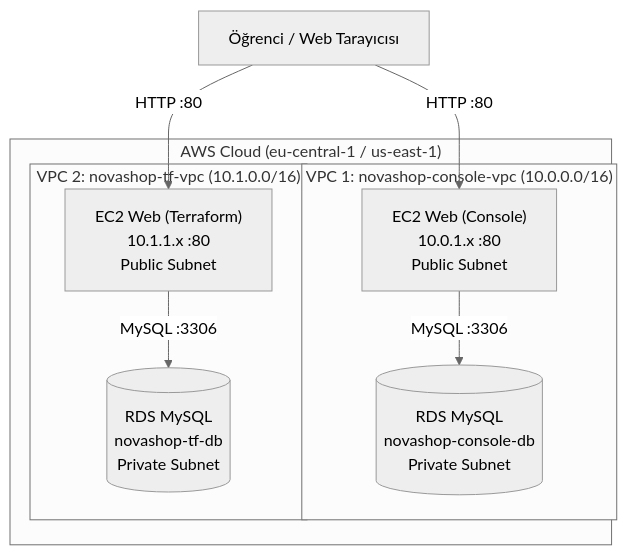
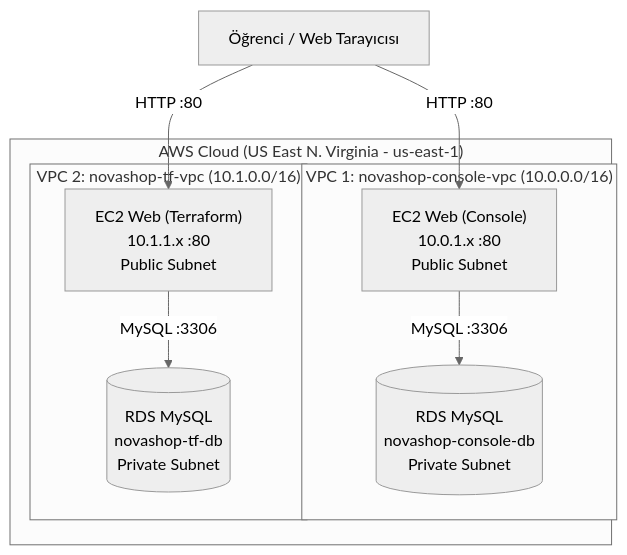
The diagram in labs/LAB-02/README.md (devopsatolyesi-labs/novashop), drawn with Mermaid (neutral theme) before and after one commit. The commit also changed other lines of this file and 2 other files, not shown here.

Commit message:
fix(aws): update default region to us-east-1 (N. Virginia) across lab-02 and configs

````diff
--- a/labs/LAB-02/README.md
+++ b/labs/LAB-02/README.md
@@ -47,15 +47,15 @@
 ```mermaid
 graph TD
     User["Öğrenci / Web Tarayıcısı"] -->|HTTP :80| Web_Console["EC2 Web (Console)<br/>10.0.1.x :80<br/>Public Subnet"]
     User -->|HTTP :80| Web_TF["EC2 Web (Terraform)<br/>10.1.1.x :80<br/>Public Subnet"]
 
-    subgraph AWS_Cloud ["AWS Cloud (eu-central-1 / us-east-1)"]
+    subgraph AWS_Cloud ["AWS Cloud (US East N. Virginia - us-east-1)"]
         subgraph VPC_Console ["VPC 1: novashop-console-vpc (10.0.0.0/16)"]
             Web_Console -->|MySQL :3306| RDS_Console[("RDS MySQL<br/>novashop-console-db<br/>Private Subnet")]
         end
 
         subgraph VPC_TF ["VPC 2: novashop-tf-vpc (10.1.0.0/16)"]
             Web_TF -->|MySQL :3306| RDS_TF[("RDS MySQL<br/>novashop-tf-db<br/>Private Subnet")]
         end
     end
 ```
````
